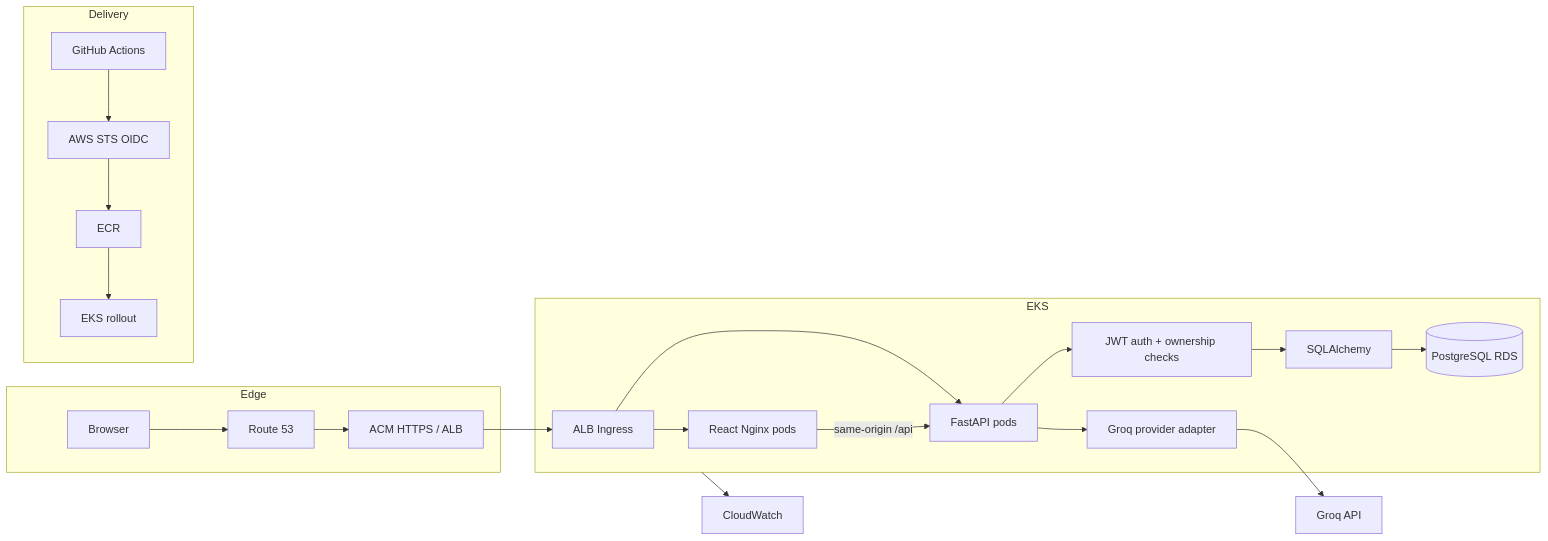
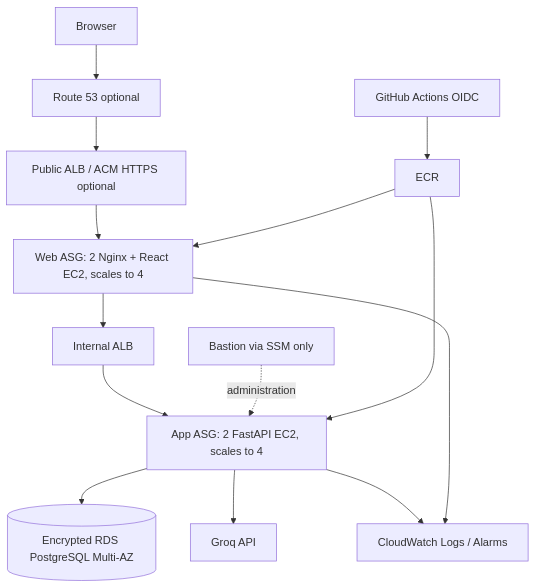
Before and after one commit to Geetha-1997/Gen-AI-Labs: the diagram in docs/architecture.md, drawn with Mermaid. The commit also changed other lines of this file and 33 other files, not shown here.

````diff
--- a/docs/architecture.md
+++ b/docs/architecture.md
@@ -3,24 +5,16 @@
 ```mermaid
-flowchart LR
-  subgraph Edge
-    Browser --> DNS[Route 53]
-    DNS --> HTTPS[ACM HTTPS / ALB]
-  end
-  subgraph EKS
-    HTTPS --> Ingress[ALB Ingress]
-    Ingress --> UI[React Nginx pods]
-    Ingress --> API[FastAPI pods]
-    UI -->|same-origin /api| API
-    API --> Auth[JWT auth + ownership checks]
-    Auth --> ORM[SQLAlchemy]
-    ORM --> RDS[(PostgreSQL RDS)]
-    API --> LLM[Groq provider adapter]
-  end
-  LLM --> Groq[Groq API]
-  subgraph Delivery
-    GitHub[GitHub Actions] --> OIDC[AWS STS OIDC]
-    OIDC --> ECR[ECR]
-    ECR --> EKSDeploy[EKS rollout]
-  end
-  EKS --> Logs[CloudWatch]
+flowchart TB
+  Browser[Browser] --> DNS[Route 53 optional]
+  DNS --> ALB[Public ALB / ACM HTTPS optional]
+  ALB --> WEB[Web ASG: 2 Nginx + React EC2, scales to 4]
+  WEB --> ILB[Internal ALB]
+  ILB --> APP[App ASG: 2 FastAPI EC2, scales to 4]
+  APP --> RDS[(Encrypted RDS PostgreSQL Multi-AZ)]
+  APP --> GROQ[Groq API]
+  BASTION[Bastion via SSM only] -. administration .-> APP
+  GH[GitHub Actions OIDC] --> ECR[ECR]
+  ECR --> WEB
+  ECR --> APP
+  APP --> CW[CloudWatch Logs / Alarms]
+  WEB --> CW
 ```
````
